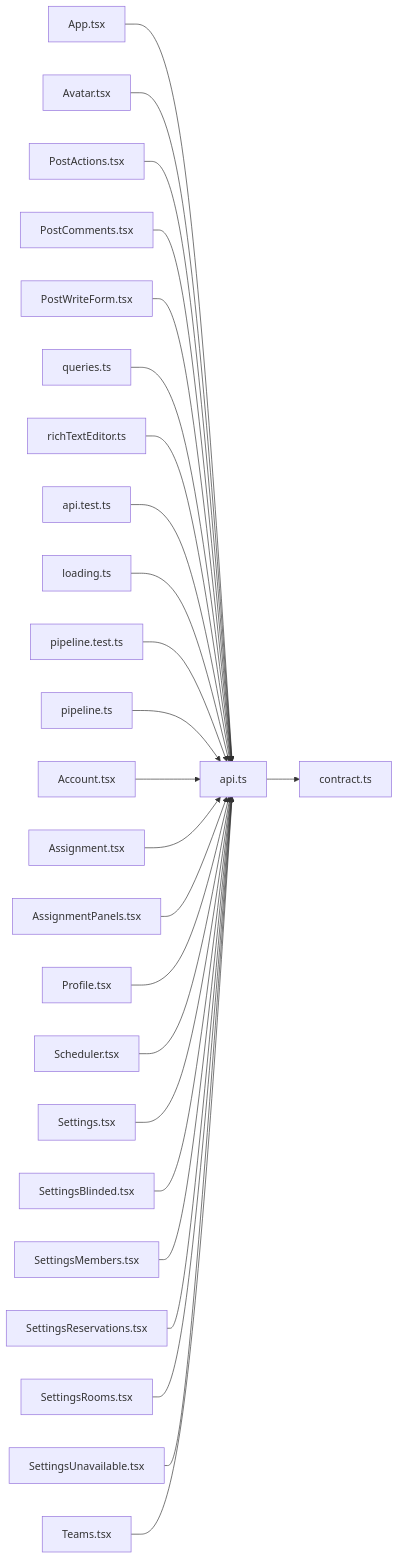
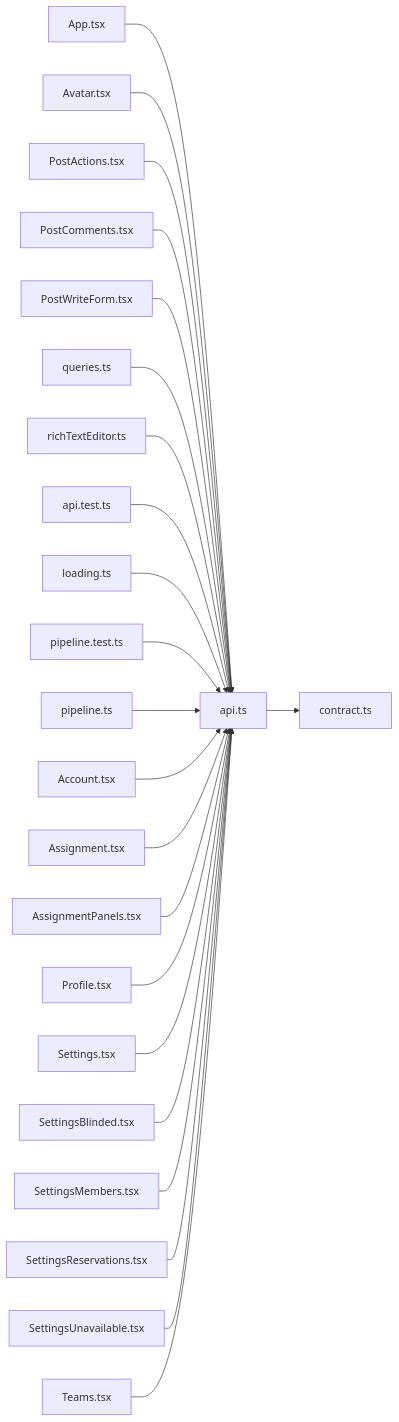
Before and after one commit to minkong-dev/Banblit: the diagram in .cluedoc/graph/frontend/src/lib/api.md, drawn with Mermaid. The commit also changed other lines of this file and 49 other files, not shown here.

````diff
--- a/.cluedoc/graph/frontend/src/lib/api.md
+++ b/.cluedoc/graph/frontend/src/lib/api.md
@@ -10,28 +10,26 @@
 ```mermaid
 flowchart LR
   frontend_src_lib_api["api.ts"]
   frontend_src_lib_api --> frontend_src_lib_contract["contract.ts"]
   frontend_src_App["App.tsx"] --> frontend_src_lib_api
   frontend_src_components_Avatar["Avatar.tsx"] --> frontend_src_lib_api
   frontend_src_components_PostActions["PostActions.tsx"] --> frontend_src_lib_api
   frontend_src_components_PostComments["PostComments.tsx"] --> frontend_src_lib_api
   frontend_src_components_PostWriteForm["PostWriteForm.tsx"] --> frontend_src_lib_api
   frontend_src_components_queries["queries.ts"] --> frontend_src_lib_api
   frontend_src_components_richTextEditor["richTextEditor.ts"] --> frontend_src_lib_api
   frontend_src_lib_api_test["api.test.ts"] --> frontend_src_lib_api
   frontend_src_lib_loading["loading.ts"] --> frontend_src_lib_api
   frontend_src_lib_pipeline_test["pipeline.test.ts"] --> frontend_src_lib_api
   frontend_src_lib_pipeline["pipeline.ts"] --> frontend_src_lib_api
   frontend_src_routes_Account["Account.tsx"] --> frontend_src_lib_api
   frontend_src_routes_Assignment["Assignment.tsx"] --> frontend_src_lib_api
   frontend_src_routes_AssignmentPanels["AssignmentPanels.tsx"] --> frontend_src_lib_api
   frontend_src_routes_Profile["Profile.tsx"] --> frontend_src_lib_api
-  frontend_src_routes_Scheduler["Scheduler.tsx"] --> frontend_src_lib_api
   frontend_src_routes_Settings["Settings.tsx"] --> frontend_src_lib_api
   frontend_src_routes_SettingsBlinded["SettingsBlinded.tsx"] --> frontend_src_lib_api
   frontend_src_routes_SettingsMembers["SettingsMembers.tsx"] --> frontend_src_lib_api
   frontend_src_routes_SettingsReservations["SettingsReservations.tsx"] --> frontend_src_lib_api
-  frontend_src_routes_SettingsRooms["SettingsRooms.tsx"] --> frontend_src_lib_api
   frontend_src_routes_SettingsUnavailable["SettingsUnavailable.tsx"] --> frontend_src_lib_api
   frontend_src_routes_Teams["Teams.tsx"] --> frontend_src_lib_api
 ```
````
